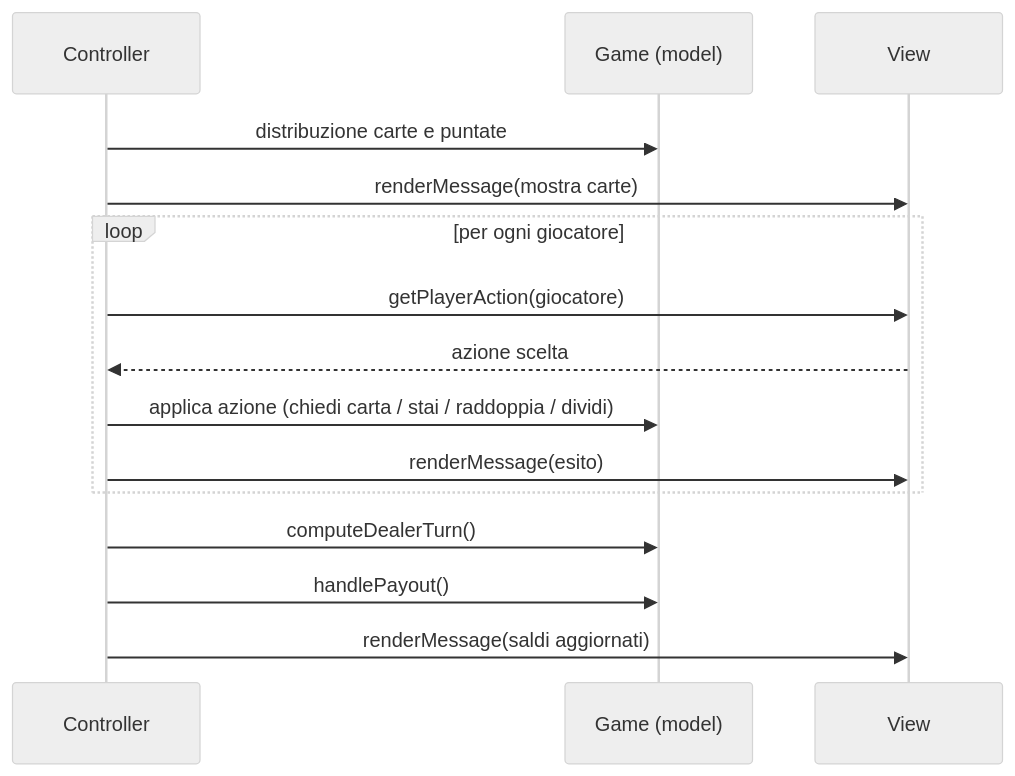
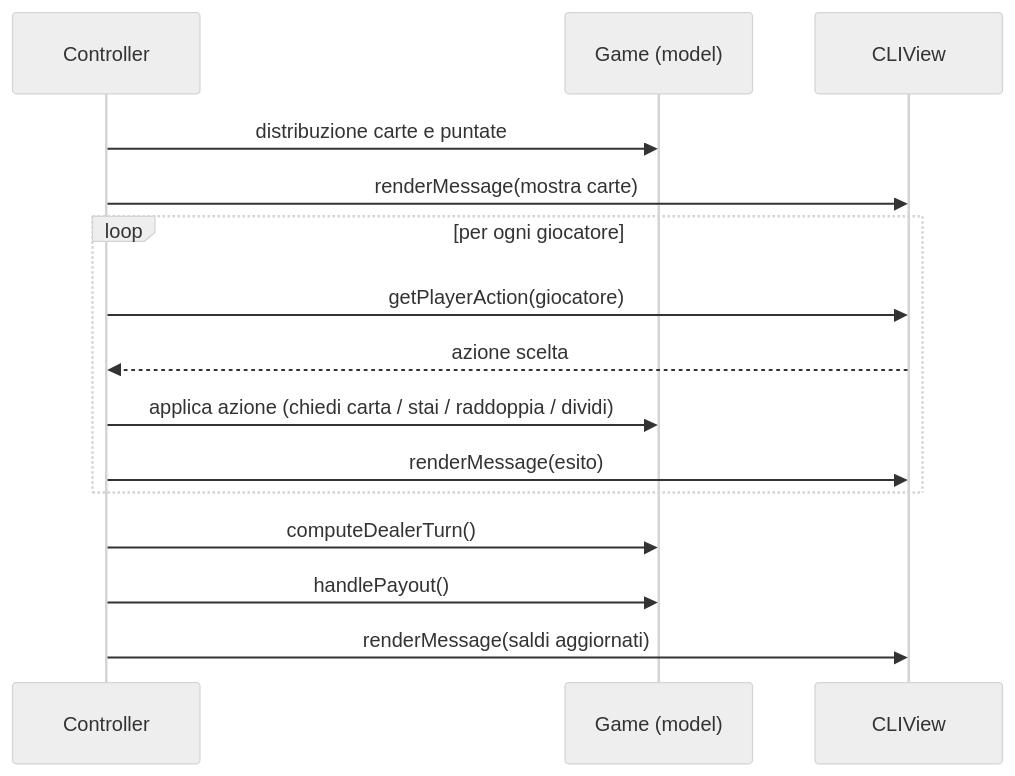
The second of 2 diagrams in docs/report/design_architetturale.md (NicoForlivesi/PPS-26-scalajack), drawn with Mermaid (neutral theme) before and after one commit. The commit also changed other lines of this file and 9 other files, not shown here.

````diff
--- a/docs/report/design_architetturale.md
+++ b/docs/report/design_architetturale.md
@@ -90,17 +90,17 @@
 ```mermaid
 sequenceDiagram
     participant C as Controller
     participant M as Game (model)
-    participant V as View
+    participant V as CLIView
     C->>M: distribuzione carte e puntate
     C->>V: renderMessage(mostra carte)
     loop per ogni giocatore
         C->>V: getPlayerAction(giocatore)
         V-->>C: azione scelta
         C->>M: applica azione (chiedi carta / stai / raddoppia / dividi)
         C->>V: renderMessage(esito)
     end
     C->>M: computeDealerTurn()
     C->>M: handlePayout()
     C->>V: renderMessage(saldi aggiornati)
 ```
````
